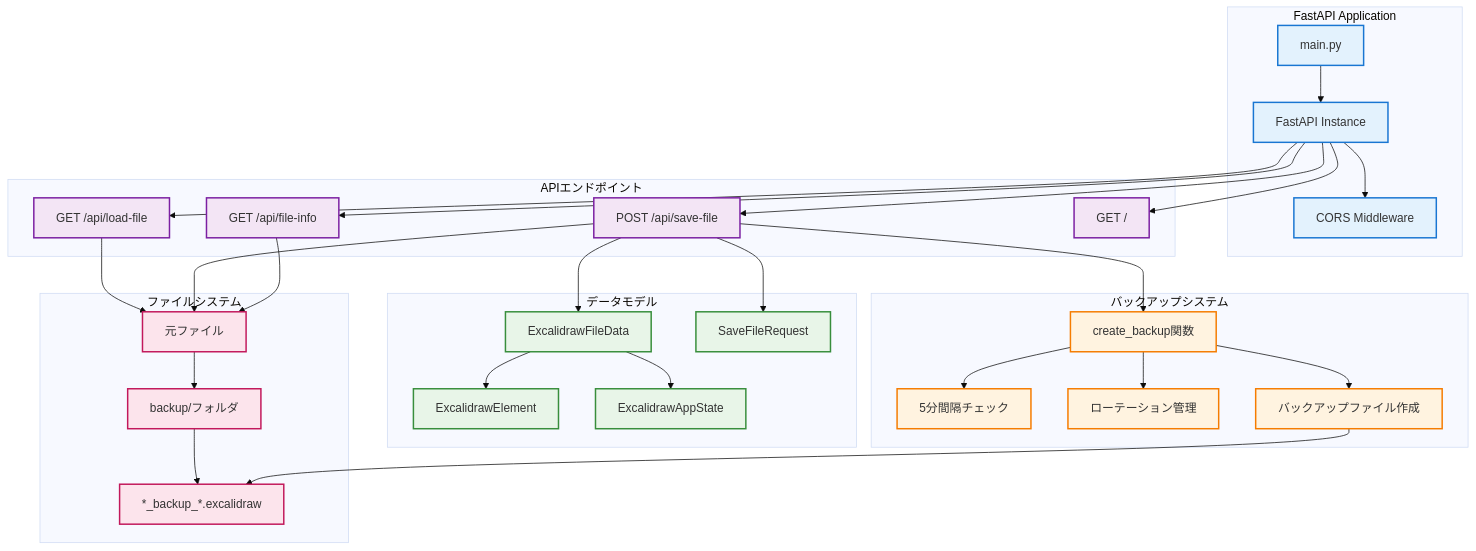
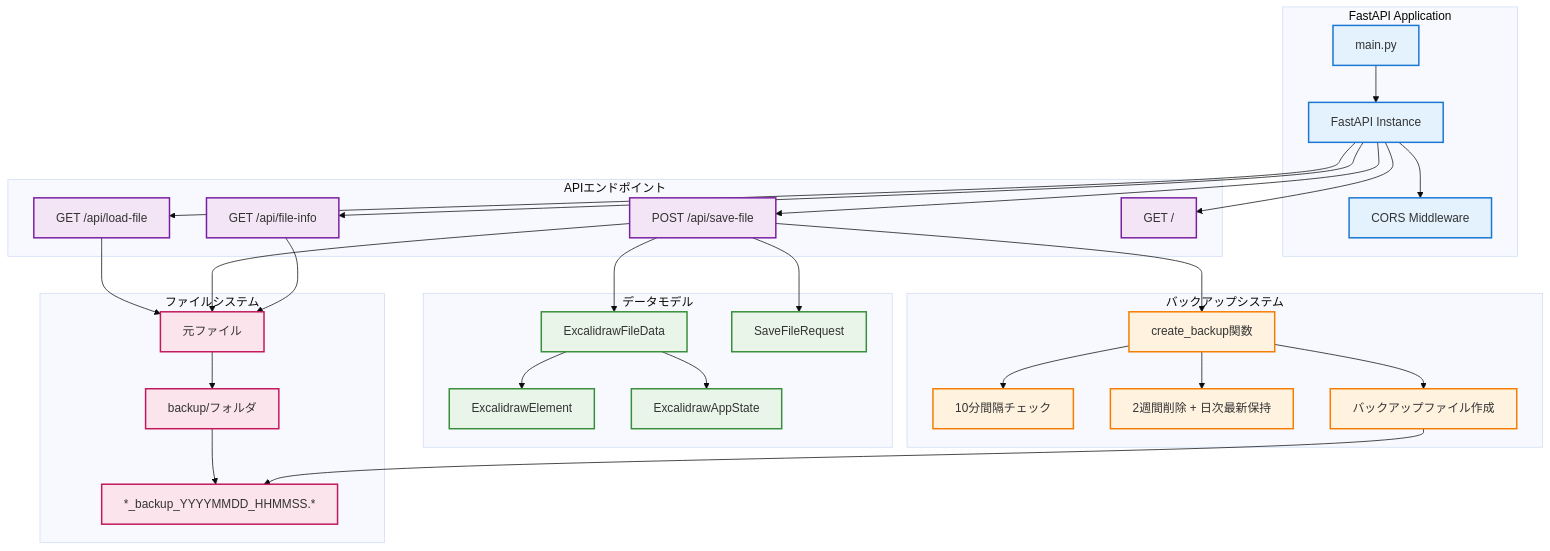
Before and after one commit to myao9494/excalidraw_myao9494: the fourth of 6 diagrams in docs/architecture.md, drawn with Mermaid (base theme). The commit also changed other lines of this file and 209 other files, not shown here.

````diff
--- a/docs/architecture.md
+++ b/docs/architecture.md
@@ -230,74 +227,74 @@
 ```mermaid
 graph TB
     subgraph "FastAPI Application"
         A[main.py]
         B[FastAPI Instance]
         C[CORS Middleware]
         
         A --> B
         B --> C
     end
     
     subgraph "APIエンドポイント"
         D[GET /api/load-file]
         E[POST /api/save-file]
         F[GET /api/file-info]
         G[GET /]
         
         B --> D
         B --> E
         B --> F
         B --> G
     end
     
     subgraph "データモデル"
         H[ExcalidrawFileData]
         I[SaveFileRequest]
         J[ExcalidrawElement]
         K[ExcalidrawAppState]
         
         E --> H
         E --> I
         H --> J
         H --> K
     end
     
     subgraph "バックアップシステム"
         L["create_backup関数"]
-        M["5分間隔チェック"]
-        N["ローテーション管理"]
+        M["10分間隔チェック"]
+        N["2週間削除 + 日次最新保持"]
         O["バックアップファイル作成"]
         
         L --> M
         L --> N
         L --> O
         E --> L
     end
     
     subgraph "ファイルシステム"
         P["元ファイル"]
         Q["backup/フォルダ"]
-        R["*_backup_*.excalidraw"]
+        R["*_backup_YYYYMMDD_HHMMSS.*"]
         
         P --> Q
         Q --> R
     end
     
     D --> P
     E --> P
     F --> P
     O --> R
     
     %% スタイル
     classDef api fill:#e3f2fd,stroke:#1976d2,stroke-width:2px
     classDef endpoint fill:#f3e5f5,stroke:#7b1fa2,stroke-width:2px
     classDef model fill:#e8f5e8,stroke:#388e3c,stroke-width:2px
     classDef backup fill:#fff3e0,stroke:#f57c00,stroke-width:2px
     classDef file fill:#fce4ec,stroke:#c2185b,stroke-width:2px
     
     class A,B,C api
     class D,E,F,G endpoint
     class H,I,J,K model
     class L,M,N,O backup
     class P,Q,R file
 ```
````
